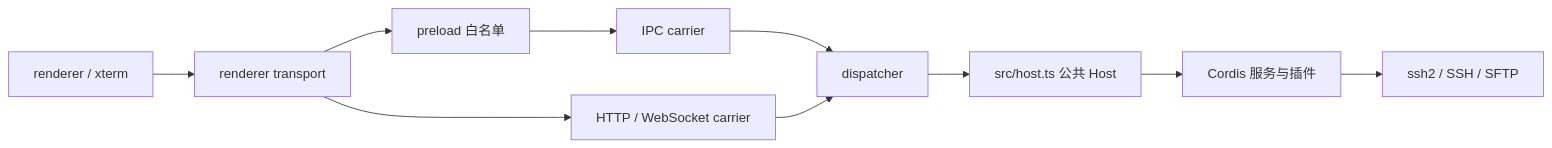
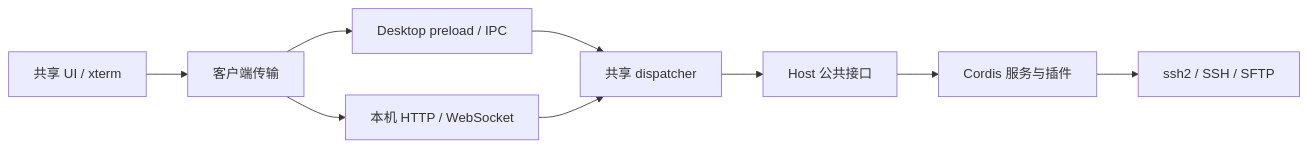
One commit to puremixai/pureterm changed the diagram in docs/architecture.md. Above: the diagram before and after it, drawn with Mermaid. The commit also changed other lines of this file and 99 other files, not shown here.

````diff
--- a/docs/architecture.md
+++ b/docs/architecture.md
@@ -9,12 +18,11 @@
 ```mermaid
 flowchart LR
-  UI[renderer / xterm] --> T[renderer transport]
-  T --> P[preload 白名单]
-  T --> W[HTTP / WebSocket carrier]
-  P --> I[IPC carrier]
-  I --> D[dispatcher]
+  U[共享 UI / xterm] --> T[客户端传输]
+  T --> P[Desktop preload / IPC]
+  T --> W[本机 HTTP / WebSocket]
+  P --> D[共享 dispatcher]
   W --> D
-  D --> H[src/host.ts 公共 Host]
+  D --> H[Host 公共接口]
   H --> C[Cordis 服务与插件]
   C --> S[ssh2 / SSH / SFTP]
 ```
````
